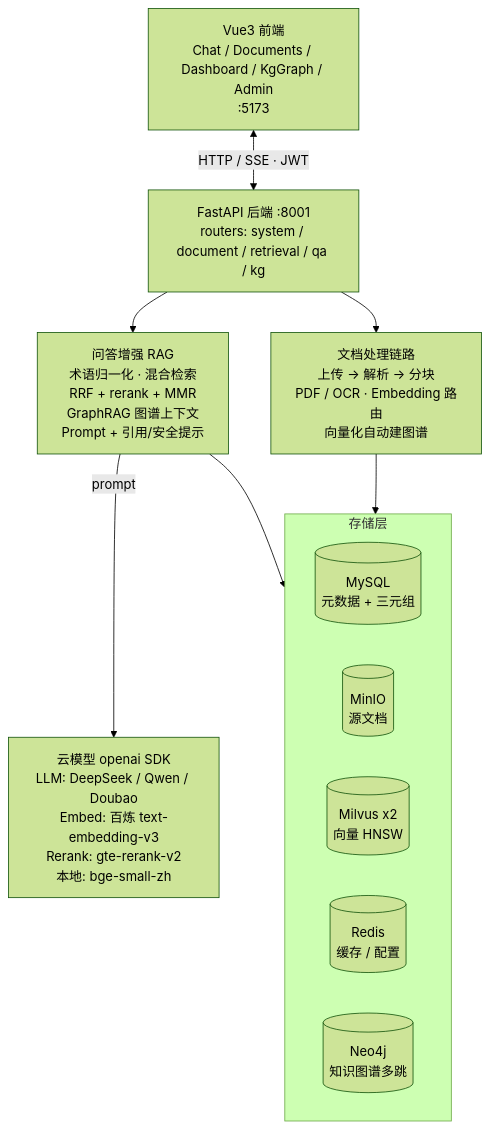
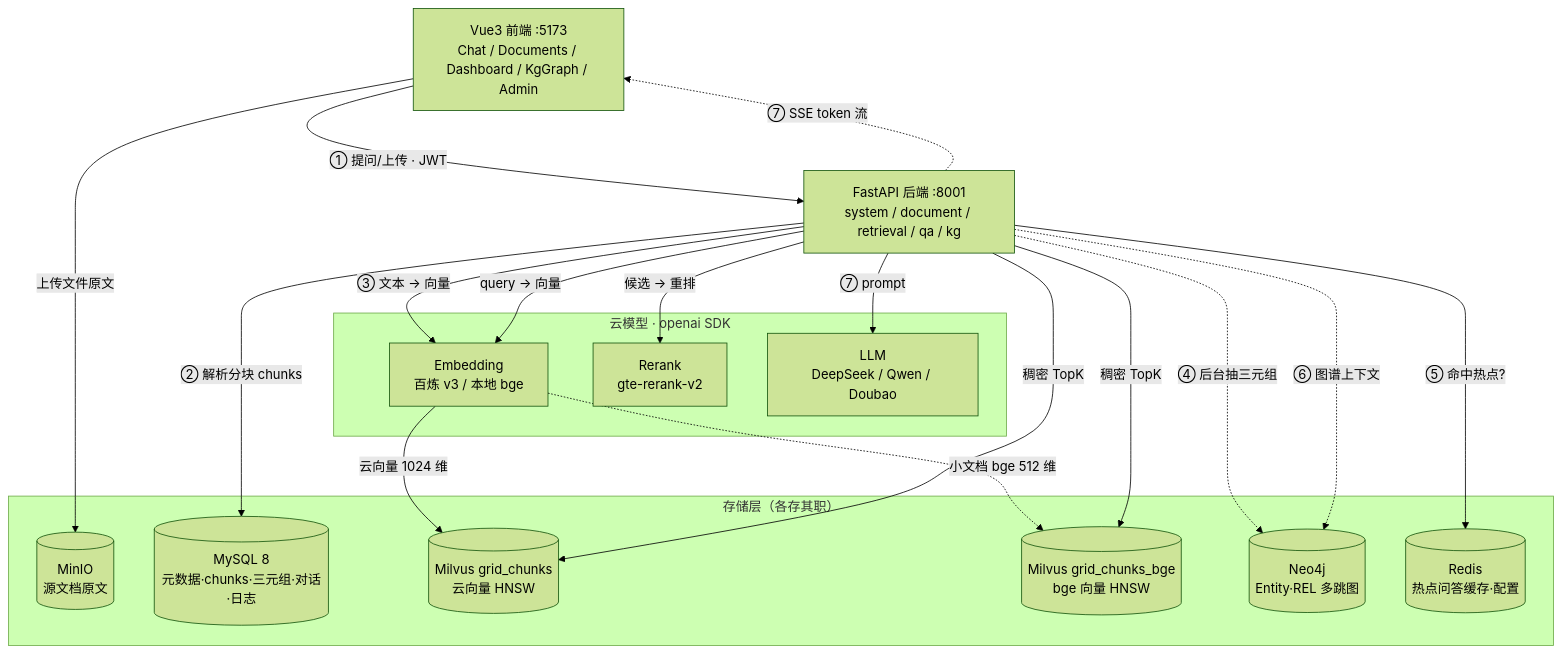
Before and after one commit to zhyese/grid-qa: the first of 3 diagrams in README.md, drawn with Mermaid (forest theme). The commit also changed other lines of this file, not shown here.

First line of the commit message:
docs: 重做架构图,讲透数据流转

````diff
--- a/README.md
+++ b/README.md
@@ -30,18 +30,39 @@
 ```mermaid
 graph TB
-    FE["Vue3 前端<br/>Chat / Documents / Dashboard / KgGraph / Admin<br/>:5173"]
-    BE["FastAPI 后端 :8001<br/>routers: system / document / retrieval / qa / kg"]
-    FE <-->|HTTP / SSE · JWT| BE
-    BE --> QA["问答增强 RAG<br/>术语归一化 · 混合检索<br/>RRF + rerank + MMR<br/>GraphRAG 图谱上下文<br/>Prompt + 引用/安全提示"]
-    BE --> DOC["文档处理链路<br/>上传 → 解析 → 分块<br/>PDF / OCR · Embedding 路由<br/>向量化自动建图谱"]
-    QA -->|prompt| LLM["云模型 openai SDK<br/>LLM: DeepSeek / Qwen / Doubao<br/>Embed: 百炼 text-embedding-v3<br/>Rerank: gte-rerank-v2<br/>本地: bge-small-zh"]
-    QA --> STORE
-    DOC --> STORE
-    subgraph STORE["存储层"]
-        MySQL[("MySQL<br/>元数据 + 三元组")]
-        MinIO[("MinIO<br/>源文档")]
-        Milvus[("Milvus x2<br/>向量 HNSW")]
-        Redis[("Redis<br/>缓存 / 配置")]
-        Neo4j[("Neo4j<br/>知识图谱多跳")]
+    FE["Vue3 前端 :5173<br/>Chat / Documents / Dashboard / KgGraph / Admin"]
+    BE["FastAPI 后端 :8001<br/>system / document / retrieval / qa / kg"]
+
+    FE -->|"① 提问/上传 · JWT"| BE
+    BE -.->|"⑦ SSE token 流"| FE
+
+    %% ===== 文档写入流：原文 → 分块 → 向量 + 图谱 =====
+    FE -->|"上传文件原文"| MinIO
+    BE -->|"② 解析分块 chunks"| MySQL
+    BE -->|"③ 文本 → 向量"| EMB
+    EMB -->|"云向量 1024 维"| MilvusC
+    EMB -.->|"小文档 bge 512 维"| MilvusB
+    BE -.->|"④ 后台抽三元组"| Neo4j
+
+    %% ===== 问答读取流：缓存 → 检索 → 图谱 → 重排 → 生成 =====
+    BE -->|"⑤ 命中热点?"| Redis
+    BE -->|"query → 向量"| EMB
+    BE -->|"稠密 TopK"| MilvusC
+    BE -->|"稠密 TopK"| MilvusB
+    BE -.->|"⑥ 图谱上下文"| Neo4j
+    BE -->|"候选 → 重排"| RR
+    BE -->|"⑦ prompt"| LLM
+
+    subgraph STORE["存储层（各存其职）"]
+        MySQL[("MySQL 8<br/>元数据·chunks·三元组·对话·日志")]
+        MinIO[("MinIO<br/>源文档原文")]
+        MilvusC[("Milvus grid_chunks<br/>云向量 HNSW")]
+        MilvusB[("Milvus grid_chunks_bge<br/>bge 向量 HNSW")]
+        Redis[("Redis<br/>热点问答缓存·配置")]
+        Neo4j[("Neo4j<br/>Entity·REL 多跳图")]
+    end
+    subgraph CLOUD["云模型 · openai SDK"]
+        LLM["LLM<br/>DeepSeek / Qwen / Doubao"]
+        EMB["Embedding<br/>百炼 v3 / 本地 bge"]
+        RR["Rerank<br/>gte-rerank-v2"]
     end
 ```
````
